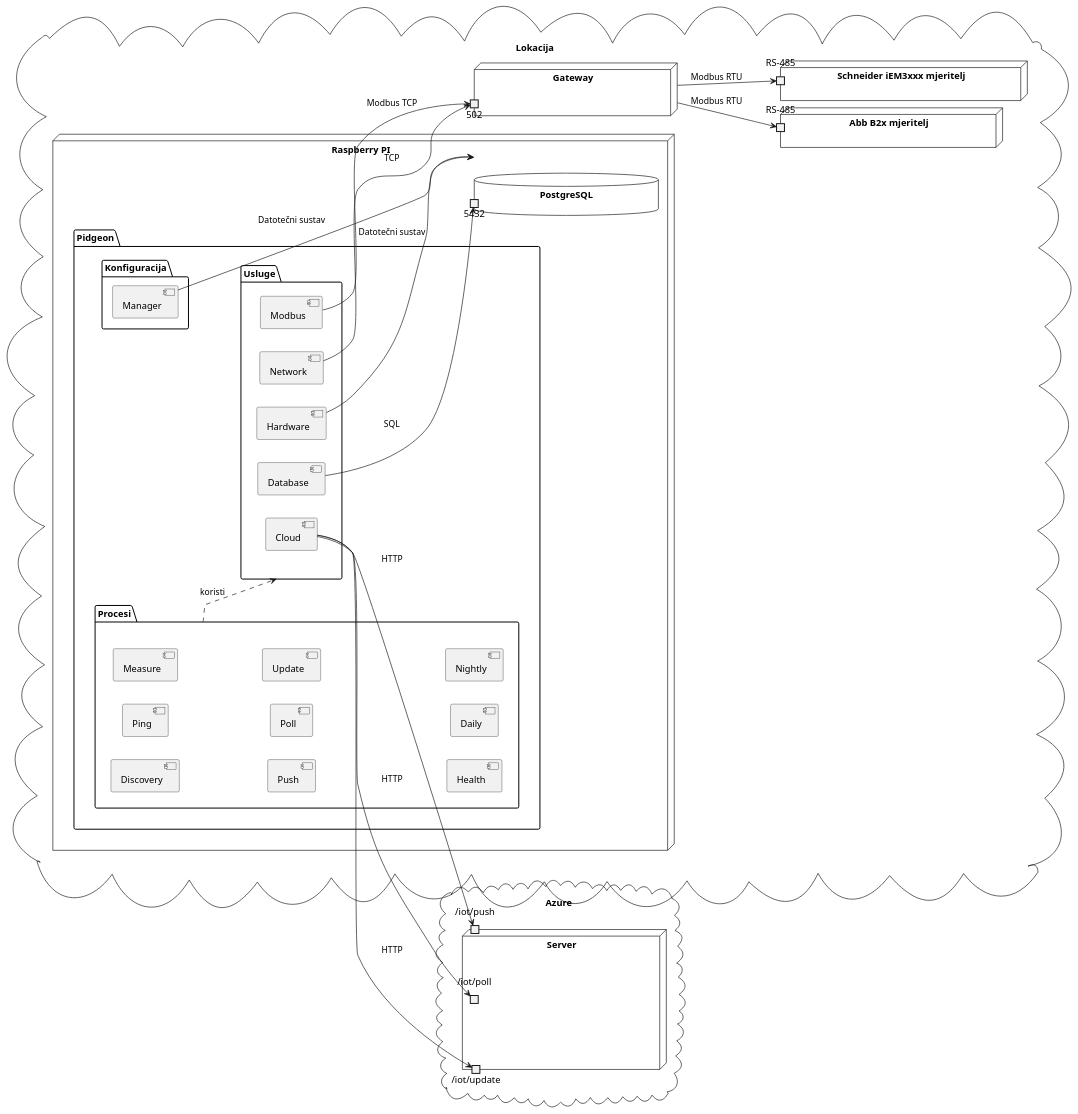
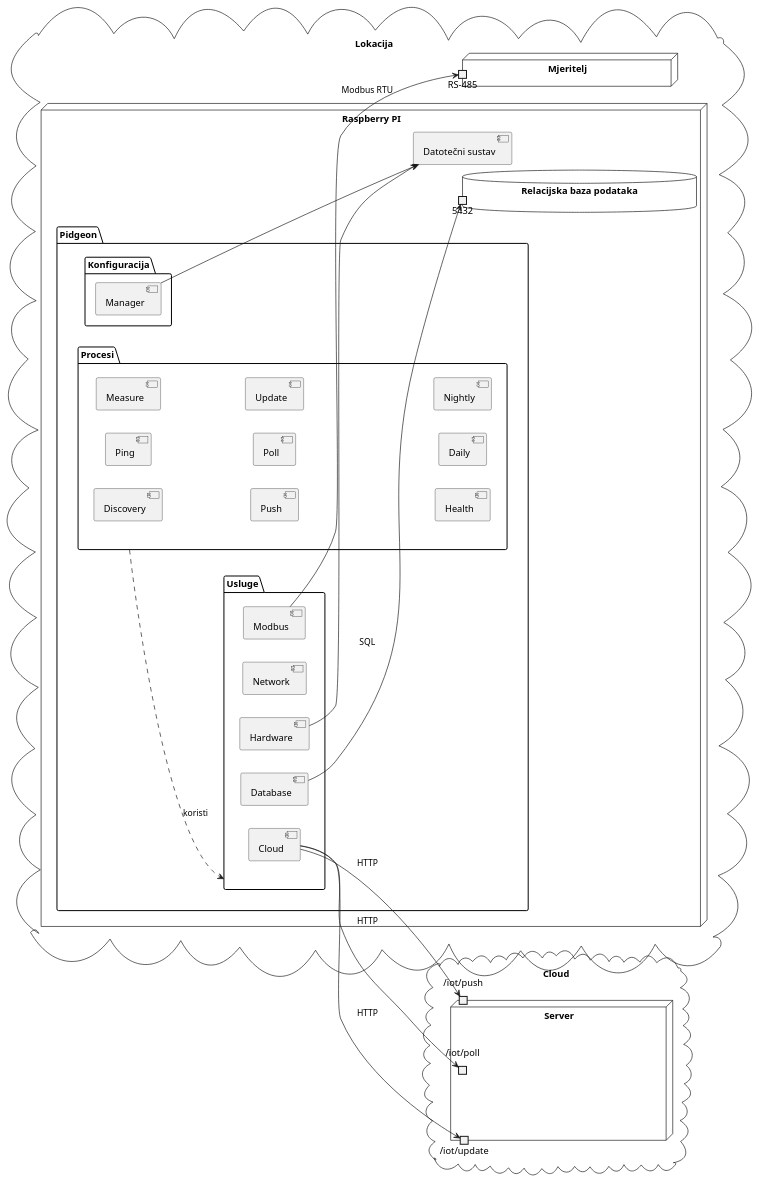
The diagram in docs/hr/src/architecture.md (altibiz/pidgeon), drawn with PlantUML before and after one commit. The commit also changed 170 other files, not shown here.

Commit message:
21 new architecture (#22)

````diff
--- a/docs/hr/src/architecture.md
+++ b/docs/hr/src/architecture.md
@@ -36,76 +36,66 @@
 ```plantuml
 @startuml
 
 left to right direction
 
 cloud "Lokacija" {
-  node "Abb B2x mjeritelj" as abb {
-    portin "RS-485" as abb_rs485
-  }
-
-  node "Schneider iEM3xxx mjeritelj" as schneider {
-    portin "RS-485" as schneider_rs485
-  }
-
-  node "Gateway" as gateway {
-    portin "502" as gateway_502
+  node "Mjeritelj" as meter {
+    portin "RS-485" as meter_rs485
   }
 
   node "Raspberry PI" as rpi {
+    component "Datotečni sustav" as filesystem
+
     package "Pidgeon" as pidgeon {
       package "Konfiguracija" as configuration {
         component Manager as config_manager
       }
 
       package Usluge as services {
         component Hardware as hardware_service
         component Network as network_service
         component Modbus as modbus_service
         component Database as database_service
         component Cloud as cloud_service
       }
 
       package Procesi as processes {
         component Discovery as discovery_process
         component Ping as ping_process
         component Measure as measure_process
         component Push as push_process
         component Poll as poll_process
         component Update as update_process
         component Health as health_process
         component Daily as daily_process
         component Nightly as nightly_process
       }
     }
 
-    database "PostgreSQL" as postgres {
-      portin 5432 as postgres_5432
+    database "Relacijska baza podataka" as database {
+      portin 5432 as dbPort
     }
   }
 }
 
-cloud "Azure" as azure {
+cloud "Cloud" as cloud {
   node "Server" as server {
     portin "/iot/push" as server_push
     portin "/iot/poll" as server_poll
     portin "/iot/update" as server_update
   }
 }
 
-gateway --> abb_rs485 : "Modbus RTU"
-gateway --> schneider_rs485 : "Modbus RTU"
+config_manager --> filesystem
 
-config_manager --> rpi : "Datotečni sustav"
-
-modbus_service --> gateway_502 : "Modbus TCP"
-database_service --> postgres_5432 : "SQL"
-hardware_service --> rpi : "Datotečni sustav"
-network_service --> gateway_502 : "TCP"
+modbus_service --> meter_rs485 : "Modbus RTU"
+database_service --> dbPort : "SQL"
+hardware_service --> filesystem
 cloud_service --> server_push : "HTTP"
 cloud_service --> server_poll : "HTTP"
 cloud_service --> server_update : "HTTP"
 
 processes ..> services : koristi
 
 @enduml
 ```
````
